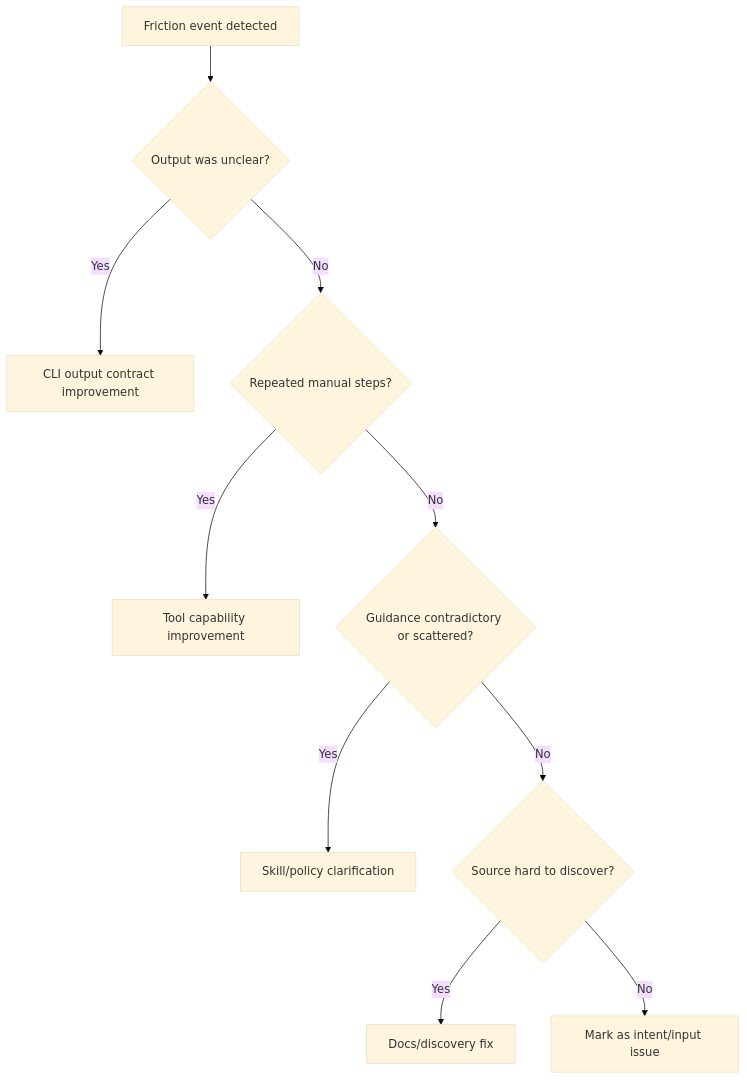
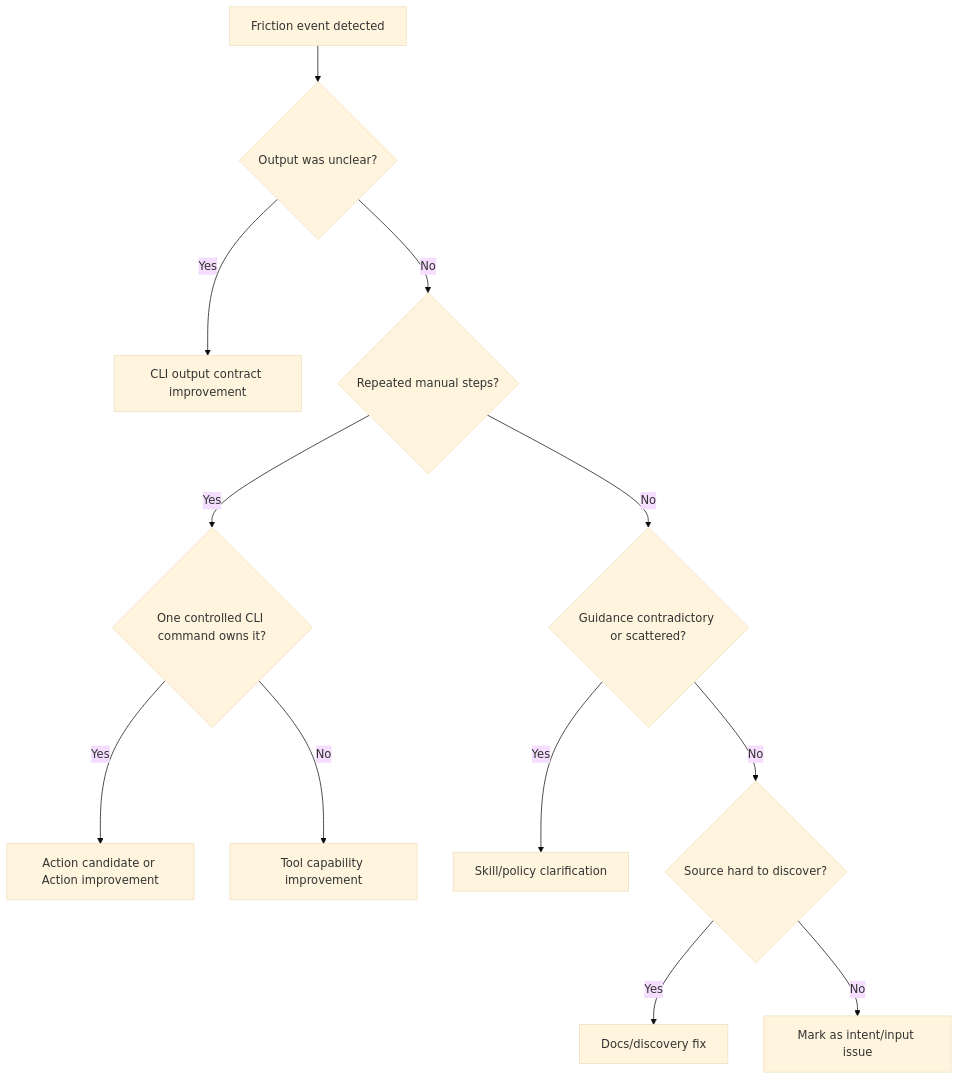
The diagram in scenarios/prompt-manager/store/skills/packs/core/conversation-friction-analysis/SKILL.md (Vrooli/Vrooli), drawn with Mermaid (base theme) before and after one commit. The commit also changed other lines of this file and 57 other files, not shown here.

````diff
--- a/scenarios/prompt-manager/store/skills/packs/core/conversation-friction-analysis/SKILL.md
+++ b/scenarios/prompt-manager/store/skills/packs/core/conversation-friction-analysis/SKILL.md
@@ -157,12 +160,14 @@
 ```mermaid
 flowchart TD
   A[Friction event detected] --> B{Output was unclear?}
   B -->|Yes| C[CLI output contract improvement]
   B -->|No| D{Repeated manual steps?}
-  D -->|Yes| E[Tool capability improvement]
+  D -->|Yes| E{One controlled CLI command owns it?}
+  E -->|Yes| K[Action candidate or Action improvement]
+  E -->|No| L[Tool capability improvement]
   D -->|No| F{Guidance contradictory or scattered?}
   F -->|Yes| G[Skill/policy clarification]
   F -->|No| H{Source hard to discover?}
   H -->|Yes| I[Docs/discovery fix]
   H -->|No| J[Mark as intent/input issue]
 ```
````
